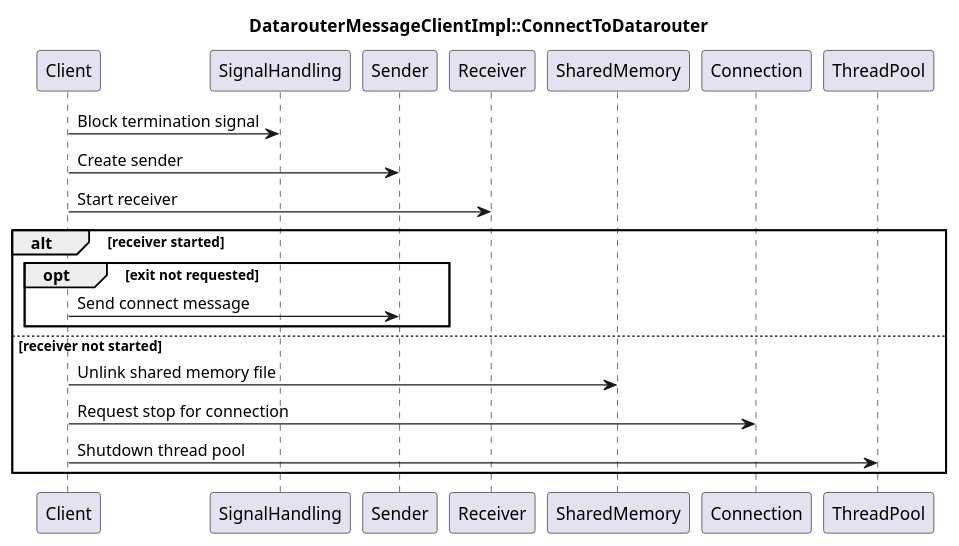
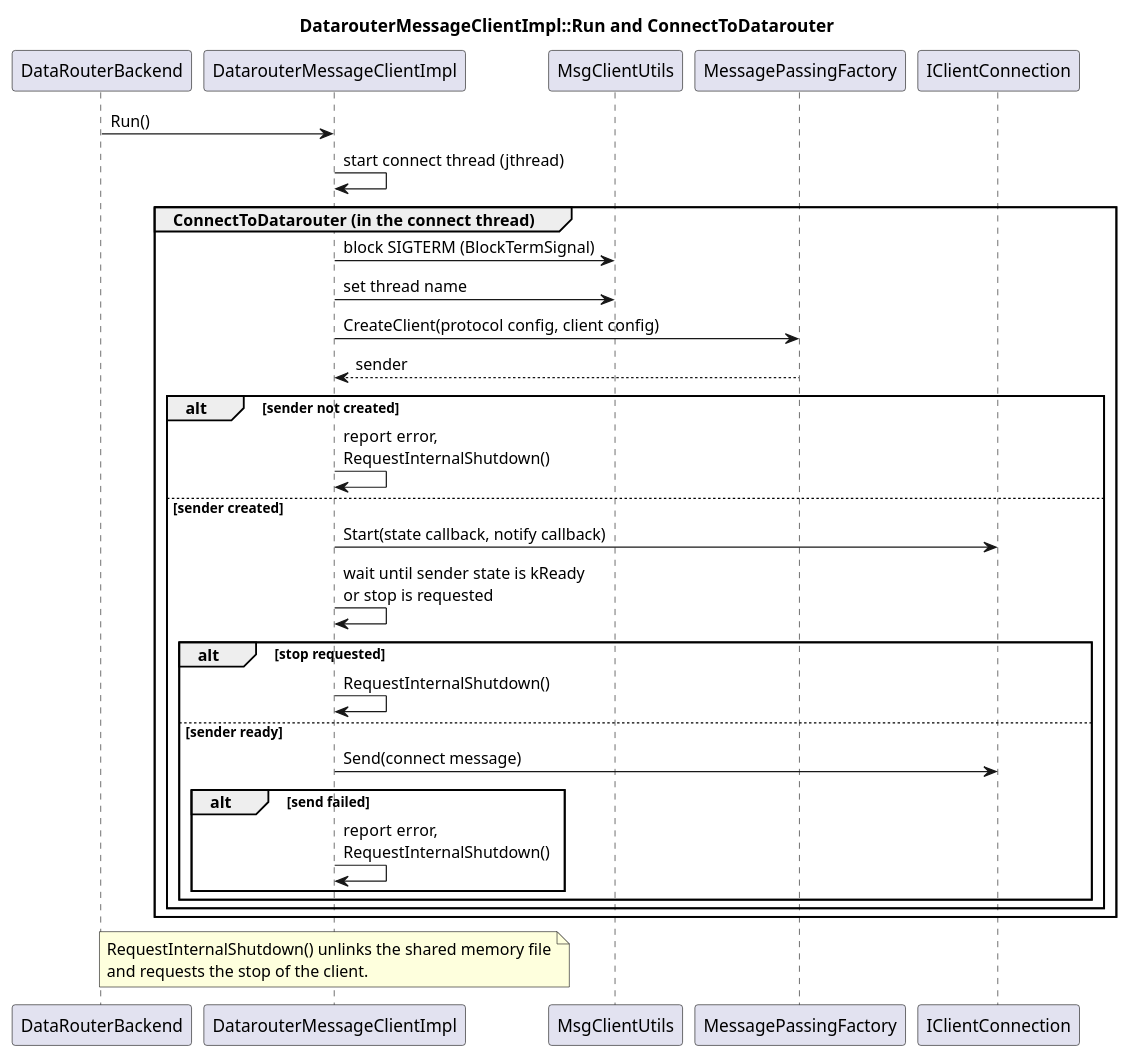
One commit to eclipse-score/logging changed the diagram in docs/components/mw_log/detailed_design/_assets/datarouter_message_client_impl_connecttodatarouter.puml. Above: the diagram before and after it, drawn with PlantUML. The commit also changed 10 other files, not shown here.

First line of the commit message:
docs(mw/log): align datarouter backend design with code

```diff
--- a/docs/components/mw_log/detailed_design/_assets/datarouter_message_client_impl_connecttodatarouter.puml
+++ b/docs/components/mw_log/detailed_design/_assets/datarouter_message_client_impl_connecttodatarouter.puml
@@ -14,26 +14,41 @@
 @startuml DatarouterMessageClientImpl_ConnectToDatarouter
-title DatarouterMessageClientImpl::ConnectToDatarouter
 
-participant "Client" as Client
-participant "SignalHandling" as SignalHandling
-participant "Sender" as Sender
-participant "Receiver" as Receiver
-participant "SharedMemory" as SharedMemory
-participant "Connection" as Connection
-participant "ThreadPool" as ThreadPool
+title DatarouterMessageClientImpl::Run and ConnectToDatarouter
 
-Client -> SignalHandling : Block termination signal
-Client -> Sender : Create sender
-Client -> Receiver : Start receiver
+participant "DataRouterBackend" as DataRouterBackend
+participant "DatarouterMessageClientImpl" as DatarouterMessageClientImpl
+participant "MsgClientUtils" as MsgClientUtils
+participant "MessagePassingFactory" as MessagePassingFactory
+participant "IClientConnection" as IClientConnection
 
-alt receiver started
-    opt exit not requested
-        Client -> Sender : Send connect message
+DataRouterBackend -> DatarouterMessageClientImpl : Run()
+DatarouterMessageClientImpl -> DatarouterMessageClientImpl : start connect thread (jthread)
+
+group ConnectToDatarouter (in the connect thread)
+    DatarouterMessageClientImpl -> MsgClientUtils : block SIGTERM (BlockTermSignal)
+    DatarouterMessageClientImpl -> MsgClientUtils : set thread name
+    DatarouterMessageClientImpl -> MessagePassingFactory : CreateClient(protocol config, client config)
+    MessagePassingFactory --> DatarouterMessageClientImpl : sender
+
+    alt sender not created
+        DatarouterMessageClientImpl -> DatarouterMessageClientImpl : report error,\nRequestInternalShutdown()
+    else sender created
+        DatarouterMessageClientImpl -> IClientConnection : Start(state callback, notify callback)
+        DatarouterMessageClientImpl -> DatarouterMessageClientImpl : wait until sender state is kReady\nor stop is requested
+        alt stop requested
+            DatarouterMessageClientImpl -> DatarouterMessageClientImpl : RequestInternalShutdown()
+        else sender ready
+            DatarouterMessageClientImpl -> IClientConnection : Send(connect message)
+            alt send failed
+                DatarouterMessageClientImpl -> DatarouterMessageClientImpl : report error,\nRequestInternalShutdown()
+            end
+        end
     end
-else receiver not started
-    Client -> SharedMemory : Unlink shared memory file
-    Client -> Connection : Request stop for connection
-    Client -> ThreadPool : Shutdown thread pool
 end
 
+note over DatarouterMessageClientImpl
+RequestInternalShutdown() unlinks the shared memory file
+and requests the stop of the client.
+end note
+
 @enduml
```
